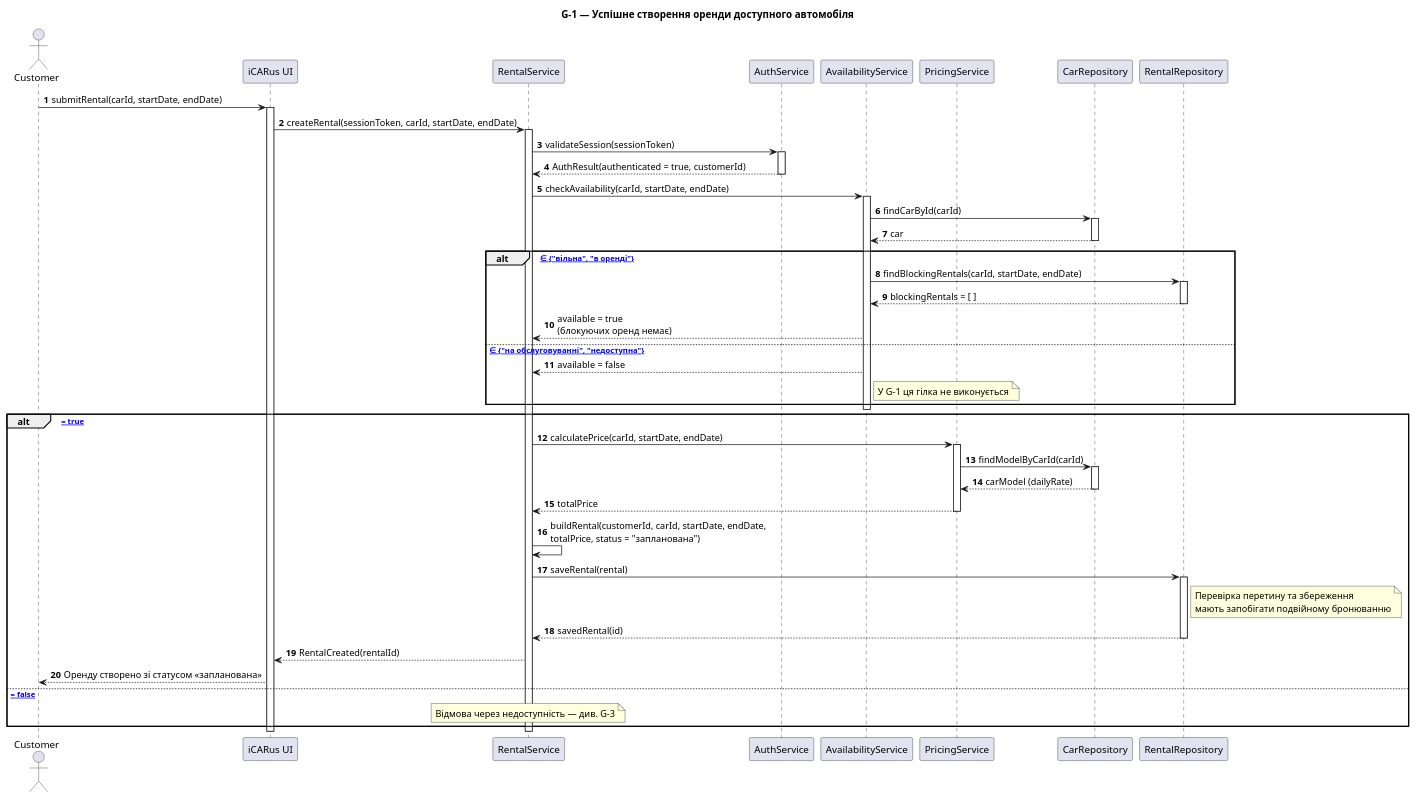
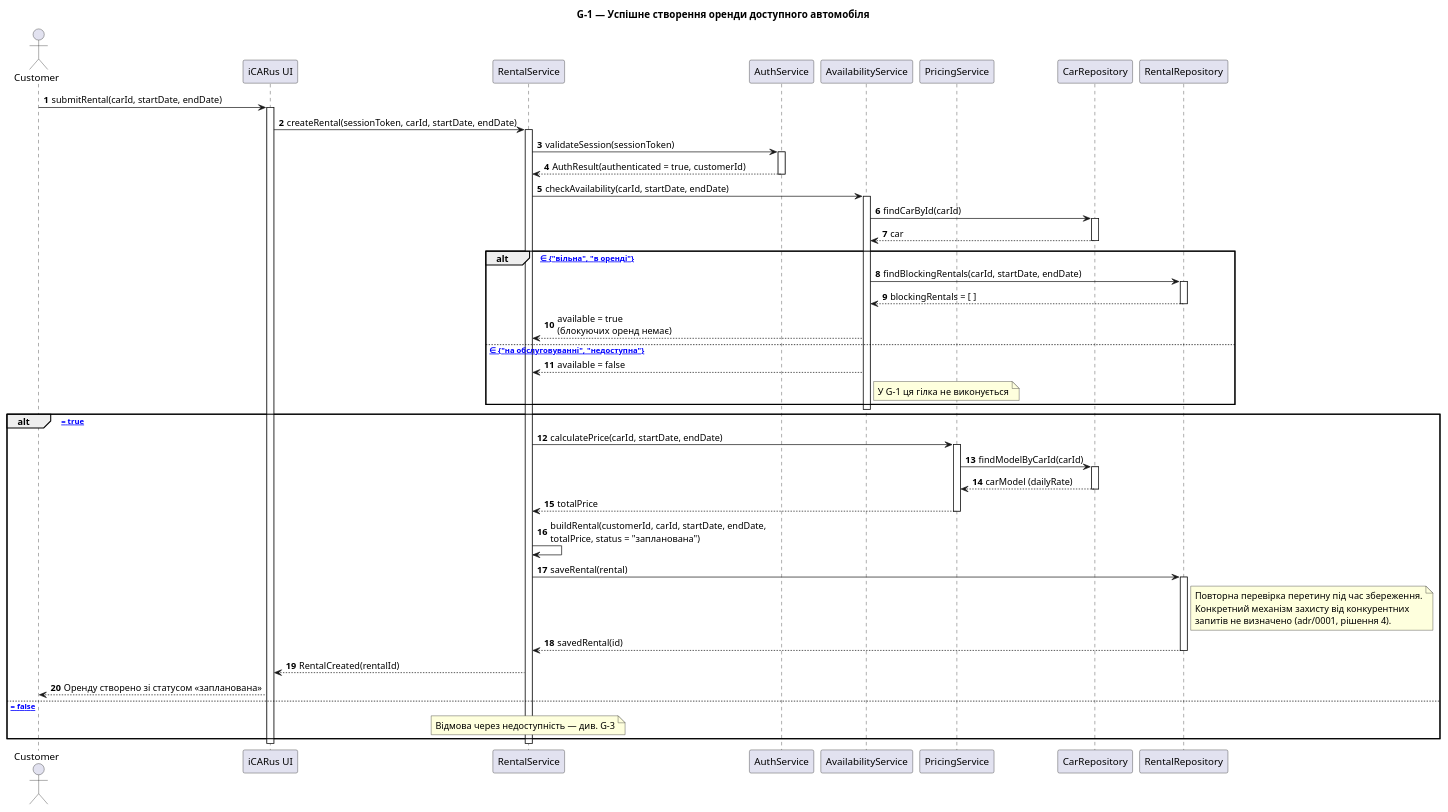
One commit to NICkBril/2KPI_labs changed the diagram in Lab3/diagrams/g1-successful-rental.puml. Above: the diagram before and after it, drawn with PlantUML. The commit also changed 2 other files, not shown here.

Commit message:
align G-1 and spec with ADR

```diff
--- a/Lab3/diagrams/g1-successful-rental.puml
+++ b/Lab3/diagrams/g1-successful-rental.puml
@@ -1,72 +1,73 @@
 @startuml
 title G-1 — Успішне створення оренди доступного автомобіля
 skinparam shadowing false
 autonumber
 
 actor "Customer" as Customer
 participant "iCARus UI" as UI
 participant "RentalService" as RS
 participant "AuthService" as Auth
 participant "AvailabilityService" as AS
 participant "PricingService" as PS
 participant "CarRepository" as CR
 participant "RentalRepository" as RR
 
 Customer -> UI : submitRental(carId, startDate, endDate)
 activate UI
 UI -> RS : createRental(sessionToken, carId, startDate, endDate)
 activate RS
 
 RS -> Auth : validateSession(sessionToken)
 activate Auth
 Auth --> RS : AuthResult(authenticated = true, customerId)
 deactivate Auth
 
 RS -> AS : checkAvailability(carId, startDate, endDate)
 activate AS
 AS -> CR : findCarById(carId)
 activate CR
 CR --> AS : car
 deactivate CR
 
 alt [car.status ∈ {"вільна", "в оренді"}]
     AS -> RR : findBlockingRentals(carId, startDate, endDate)
     activate RR
     RR --> AS : blockingRentals = [ ]
     deactivate RR
     AS --> RS : available = true\n(блокуючих оренд немає)
 else [car.status ∈ {"на обслуговуванні", "недоступна"}]
     AS --> RS : available = false
     note right of AS : У G-1 ця гілка не виконується
 end
 deactivate AS
 
 alt [available = true]
     RS -> PS : calculatePrice(carId, startDate, endDate)
     activate PS
     PS -> CR : findModelByCarId(carId)
     activate CR
     CR --> PS : carModel (dailyRate)
     deactivate CR
     PS --> RS : totalPrice
     deactivate PS
 
     RS -> RS : buildRental(customerId, carId, startDate, endDate,\ntotalPrice, status = "запланована")
     RS -> RR : saveRental(rental)
     activate RR
     note right of RR
-        Перевірка перетину та збереження
-        мають запобігати подвійному бронюванню
+        Повторна перевірка перетину під час збереження.
+        Конкретний механізм захисту від конкурентних
+        запитів не визначено (adr/0001, рішення 4).
     end note
     RR --> RS : savedRental(id)
     deactivate RR
 
     RS --> UI : RentalCreated(rentalId)
     UI --> Customer : Оренду створено зі статусом «запланована»
 else [available = false]
     note over RS : Відмова через недоступність — див. G-3
 end
 
 deactivate RS
 deactivate UI
 @enduml
```
